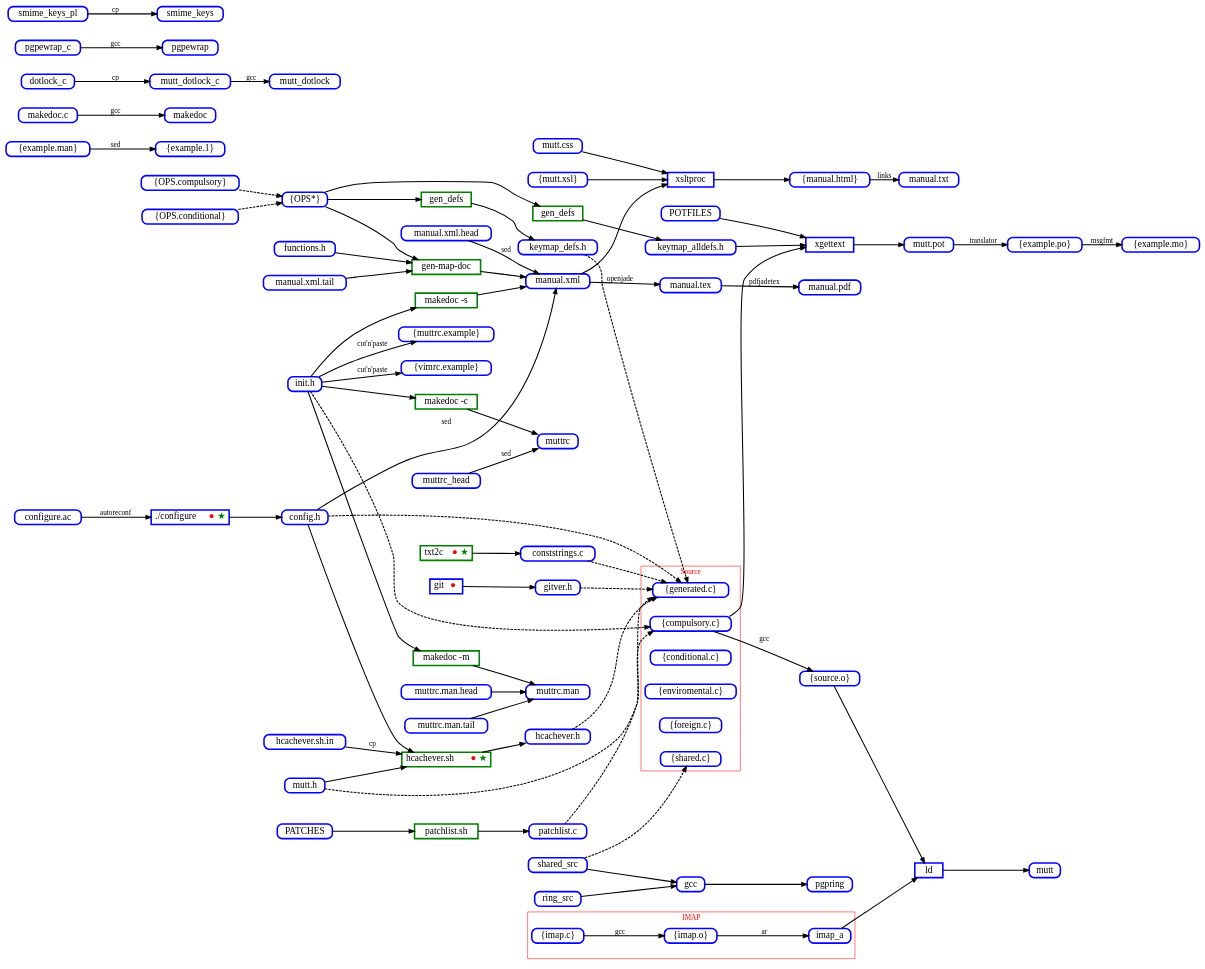
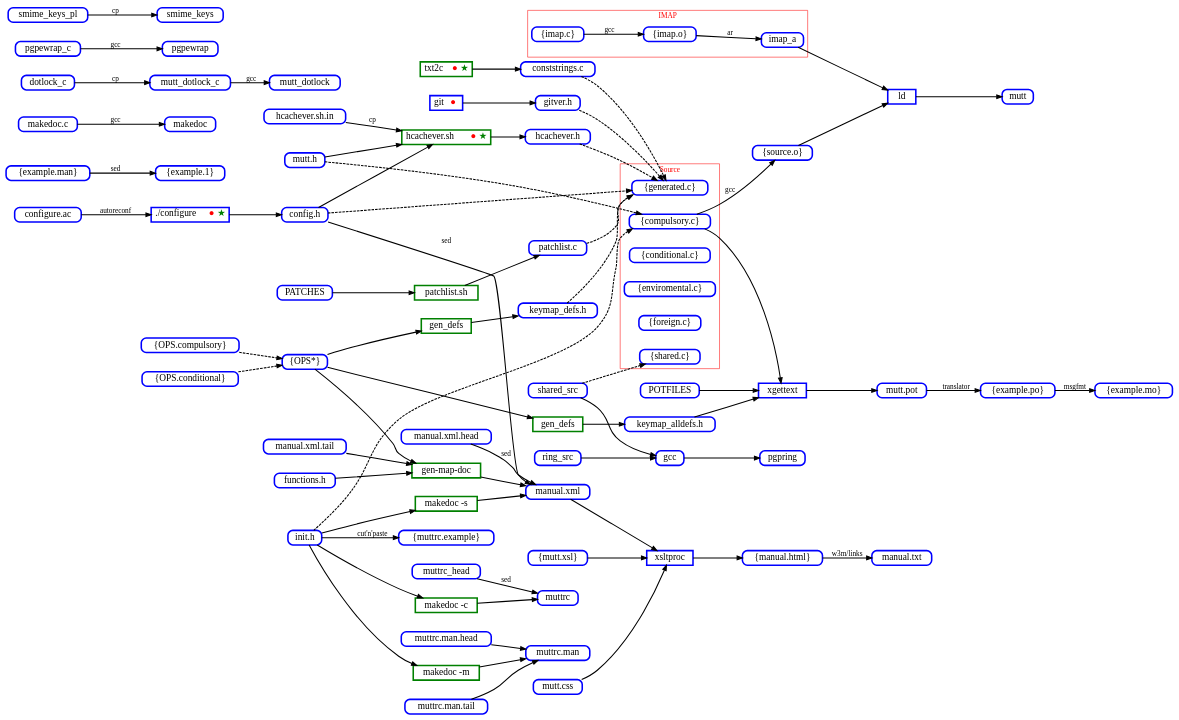
One commit to neomutt/neomutt.github.io changed the diagram in _dev/make.gv. Above: the diagram before and after it, drawn with Graphviz. The commit also changed 1 other file, not shown here.

Commit message:
make: update diagram
considers the changes from these PR's:

* [use w3m as default for generating UTF8 manual.txt](https://github.com/neomutt/neomutt/pull/491)
* [refactoring // cleanup of legacy files](https://github.com/neomutt/neomutt/pull/497)

```diff
--- a/_dev/make.gv
+++ b/_dev/make.gv
@@ -1,193 +1,186 @@
 digraph build {
 	graph [
 		rankdir="LR"
 		nodesep="0.5"
 		ranksep="0.3"
 	]
 
 	node [
 		shape="Mrecord"
 		style="solid"
 		height="0.2"
 		penwidth="3.0"
 		color="blue"
 		fontcolor="black"
 		fontsize="18"
 	]
 
 	edge [
 		penwidth="2.0"
 		color="#000000"
 		arrowsize="1.0"
 	]
 
 
 	comp_ops         [ label="\{OPS.compulsory\}"  ]
 	cond_ops         [ label="\{OPS.conditional\}" ]
 	configure_ac     [ label="configure.ac"        ]
 	config_h         [ label="config.h"            ]
 	conststrings_c   [ label="conststrings.c"      ]
 	functions_h      [ label="functions.h"         ]
 	gitver_h         [ label="gitver.h"            ]
 	hcachever_h      [ label="hcachever.h"         ]
 	hcachever_sh     [ label="hcachever.sh"        ]
 	hcachever_sh_in  [ label="hcachever.sh.in"     ]
 	init_h           [ label="init.h"              ]
 	keymap_alldefs_h [ label="keymap_alldefs.h"    ]
 	keymap_defs_h    [ label="keymap_defs.h"       ]
 	lots_1           [ label="\{example.1\}"       ]
 	lots_man         [ label="\{example.man\}"     ]
 	lots_mo          [ label="\{example.mo\}"      ]
 	lots_muttrc      [ label="\{muttrc.example\}"  ]
 	lots_obj         [ label="\{source.o\}"        ]
 	lots_po          [ label="\{example.po\}"      ]
-	lots_vimrc       [ label="\{vimrc.example\}"   ]
 	lots_xsl         [ label="\{mutt.xsl\}"        ]
 	makedoc_src      [ label="makedoc.c"           ]
 	manual_html      [ label="\{manual.html\}"     ]
-	manual_pdf       [ label="manual.pdf"          ]
-	manual_tex       [ label="manual.tex"          ]
 	manual_txt       [ label="manual.txt"          ]
 	manual_xml       [ label="manual.xml"          ]
 	manual_xml_head  [ label="manual.xml.head"     ]
 	manual_xml_tail  [ label="manual.xml.tail"     ]
 	muttrc           [ label="muttrc"              ]
 	muttrc_man       [ label="muttrc.man"          ]
 	muttrc_man_head  [ label="muttrc.man.head"     ]
 	muttrc_man_tail  [ label="muttrc.man.tail"     ]
 	mutt_css         [ label="mutt.css"            ]
 	mutt_h           [ label="mutt.h"              ]
 	mutt_pot         [ label="mutt.pot"            ]
 	ops              [ label="\{OPS*\}"            ]
 	patchlist_c      [ label="patchlist.c"         ]
 
 	dot_configure [ label=<./configure <font color="red">●</font><font color="green">★</font>> shape="box" ]
 	gen_alldefs   [ label="gen_defs" color="green" shape="box" ]
 	gen_defs      [ label="gen_defs" color="green" shape="box" ]
 	gen_map_doc   [ label="gen-map-doc" color="green" shape="box" ]
 	git           [ label=<git <font color="red">●</font>> shape="box" ]
 	hcachever_sh  [ label=<hcachever.sh <font color="red">●</font><font color="green">★</font>> color="green" shape="box" ]
 	ld            [ label="ld" shape="box" ]
 	makedoc_c     [ label="makedoc -c" color="green" shape="box" ]
 	makedoc_m     [ label="makedoc -m" color="green" shape="box" ]
 	makedoc_s     [ label="makedoc -s" color="green" shape="box" ]
 	patchlist_sh  [ label="patchlist.sh" color="green" shape="box" ]
 	txt2c         [ label=<txt2c <font color="red">●</font><font color="green">★</font>> color="green" shape="box" ]
 	xgettext      [ label="xgettext" shape="box" ]
 	xsltproc      [ label="xsltproc" shape="box" ]
 
 	compulsory -> lots_obj [ label="gcc" ]
 	lots_obj -> ld
 	ld -> mutt
 
 	dot_configure -> config_h
 	config_h -> generated [ style="dashed" ]
 
 	git -> gitver_h
 	gitver_h -> generated [ style="dashed" ]
 
 	txt2c -> conststrings_c
 	conststrings_c -> generated [ style="dashed" ]
 
 	config_h -> hcachever_sh
 	mutt_h -> hcachever_sh
 	mutt_h -> compulsory [ style="dashed" ]
 	hcachever_sh -> hcachever_h
 	hcachever_h -> generated [ style="dashed" ]
 
 	PATCHES -> patchlist_sh
 	patchlist_sh -> patchlist_c
 	patchlist_c -> generated [ style="dashed" ]
 
 	ops -> gen_defs
 	gen_defs -> keymap_defs_h
 	ops -> gen_alldefs
 	gen_alldefs -> keymap_alldefs_h
 	keymap_defs_h -> generated [ style="dashed" ]
 
 	cond_ops -> ops [ style="dashed" ]
 	comp_ops -> ops [ style="dashed" ]
 
 	subgraph cluster_imap {
 		fontcolor="red"
 		label="IMAP"
 		color="#ff0000"
 
 		lots_imap_c [ label="\{imap.c\}" ]
 		lots_imap_o [ label="\{imap.o\}" ]
 
 		lots_imap_c -> lots_imap_o [ label="gcc" ]
 		lots_imap_o -> imap_a [ label="ar" ]
 	}
 
 	subgraph cluster_source {
 		fontcolor="red"
 		label="Source"
 		color="#ff0000"
 
 		compulsory   [ label="\{compulsory.c\}"   ]
 		conditional  [ label="\{conditional.c\}"  ]
 		enviromental [ label="\{enviromental.c\}" ]
 		foreign      [ label="\{foreign.c\}"      ]
 		generated    [ label="\{generated.c\}"    ]
 		shared       [ label="\{shared.c\}"       ]
 	}
 
 	imap_a -> ld
 	POTFILES -> xgettext
 	keymap_alldefs_h -> xgettext
 	compulsory -> xgettext
 	xgettext -> mutt_pot
 
 	lots_man -> lots_1 [ label="sed" ]
 
 	configure_ac -> dot_configure [ label="autoreconf" ]
 
 	manual_xml -> xsltproc
 	lots_xsl -> xsltproc
 	mutt_css -> xsltproc
 	xsltproc -> manual_html
-	manual_html -> manual_txt [ label="links" ]
+	manual_html -> manual_txt [ label="w3m/links" ]
 
 	mutt_pot -> lots_po [ label="translator" ]
 	lots_po -> lots_mo [ label="msgfmt" ]
 
 	init_h -> makedoc_m
 	muttrc_man_head -> muttrc_man
 	makedoc_m -> muttrc_man
 	muttrc_man_tail -> muttrc_man
 
 	muttrc_head -> muttrc [ label="sed" ]
 	init_h -> makedoc_c
 	makedoc_c -> muttrc
 
 	init_h -> lots_muttrc [ label="cut'n'paste" ]
-	init_h -> lots_vimrc [ label="cut'n'paste" ]
 
 	init_h -> compulsory [ style="dashed" ]
 
 	hcachever_sh_in -> hcachever_sh [ label="cp" ]
 	dotlock_c -> mutt_dotlock_c [ label="cp" ]
 	mutt_dotlock_c -> mutt_dotlock [ label="gcc" ]
 	pgpewrap_c -> pgpewrap [ label="gcc" ]
 	smime_keys_pl -> smime_keys [ label="cp" ]
 	makedoc_src -> makedoc [ label="gcc" ]
 
 	config_h -> manual_xml [ label="sed" ]
 	manual_xml_head -> manual_xml [ label="sed" ]
 
 	manual_xml_tail -> gen_map_doc
 	ops -> gen_map_doc
 	gen_map_doc -> manual_xml
 	init_h -> makedoc_s
 	makedoc_s -> manual_xml
 	functions_h -> gen_map_doc
 
-	manual_xml -> manual_tex [ label="openjade" ]
-	manual_tex -> manual_pdf [ label="pdfjadetex" ]
-
 	shared_src -> gcc
 	shared_src -> shared [ style="dashed" ]
 	ring_src -> gcc
 	gcc -> pgpring
 }
```
